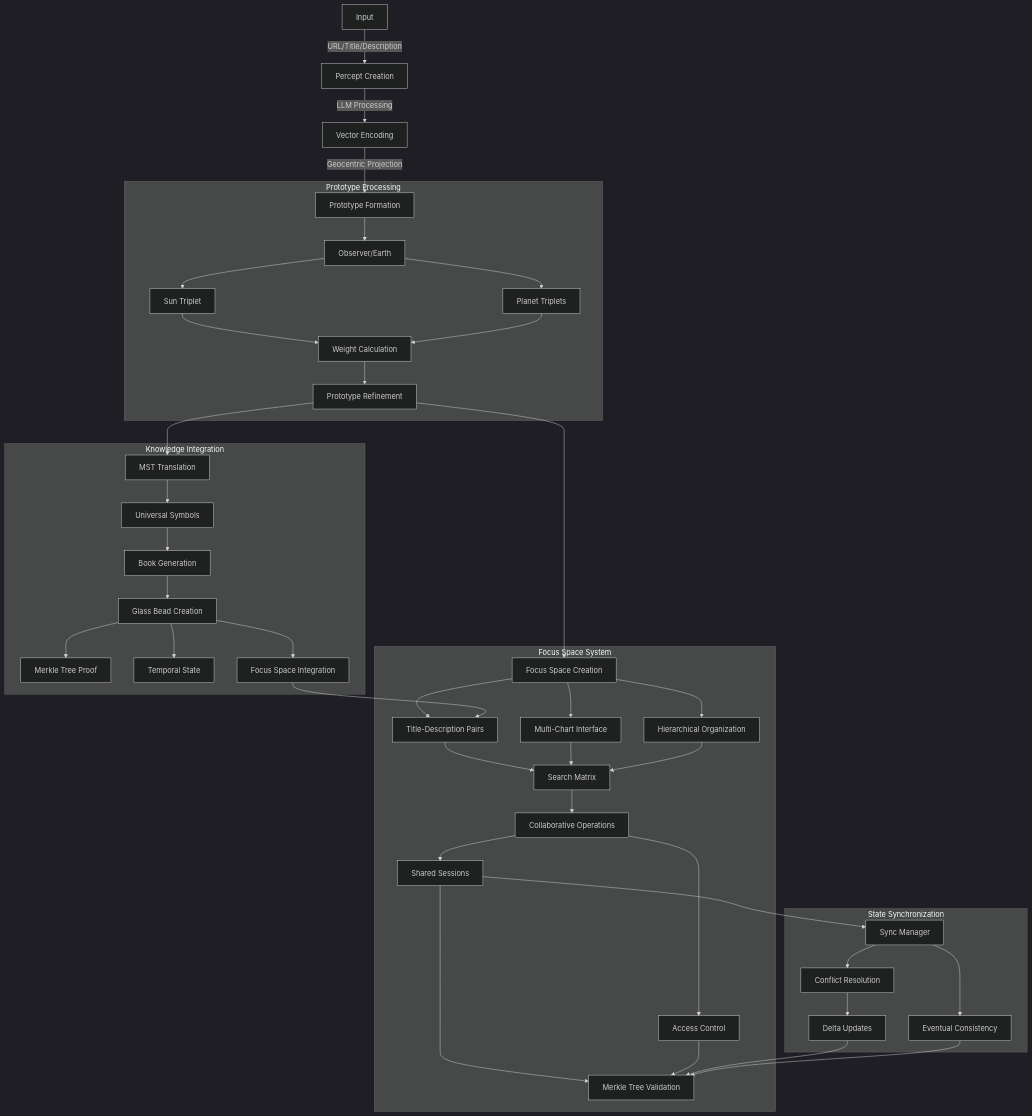
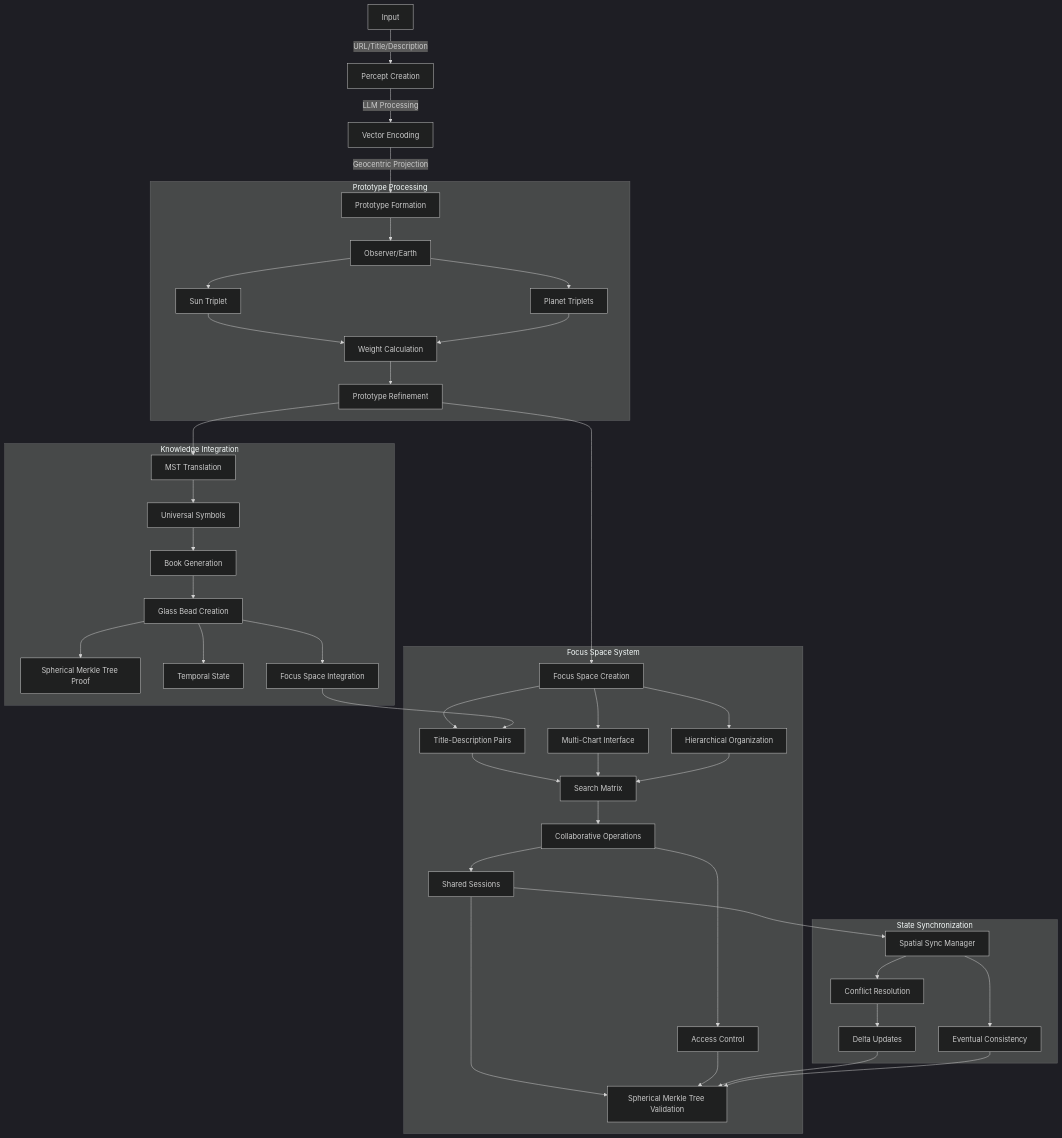
Before and after one commit to heavyblotto/memorativa: the second of 2 diagrams in docs/2. the cybernetic system/memorativa-2-12-focus-spaces.md, drawn with Mermaid (dark theme). The commit also changed other lines of this file and 71 other files, not shown here.

````diff
--- a/docs/2. the cybernetic system/memorativa-2-12-focus-spaces.md
+++ b/docs/2. the cybernetic system/memorativa-2-12-focus-spaces.md
@@ -285,56 +482,56 @@
 ```mermaid
 graph TD
     I[Input] --> |URL/Title/Description| P[Percept Creation]
     P --> |LLM Processing| V[Vector Encoding]
     V --> |Geocentric Projection| T[Prototype Formation]
     
     subgraph "Prototype Processing"
         T --> O[Observer/Earth]
         O --> ST[Sun Triplet]
         O --> PT[Planet Triplets]
         ST --> W[Weight Calculation]
         PT --> W
         W --> PR[Prototype Refinement]
     end
     
     subgraph "Focus Space System"
         PR --> FS[Focus Space Creation]
         FS --> TD[Title-Description Pairs]
         FS --> MC[Multi-Chart Interface]
         FS --> HO[Hierarchical Organization]
         
         TD --> SM[Search Matrix]
         MC --> SM
         HO --> SM
         
         SM --> CO[Collaborative Operations]
         CO --> SS[Shared Sessions]
         CO --> AC[Access Control]
         
-        SS --> MT[Merkle Tree Validation]
+        SS --> MT[Spherical Merkle Tree Validation]
         AC --> MT
     end
     
     subgraph "Knowledge Integration"
         PR --> MST[MST Translation]
         MST --> U[Universal Symbols]
         U --> B[Book Generation]
         
         B --> GB[Glass Bead Creation]
-        GB --> MTP[Merkle Tree Proof]
+        GB --> MTP[Spherical Merkle Tree Proof]
         GB --> TS[Temporal State]
         
         GB --> FSI[Focus Space Integration]
         FSI --> TD
     end
     
     subgraph "State Synchronization"
-        SS --> SY[Sync Manager]
+        SS --> SY[Spatial Sync Manager]
         SY --> CR[Conflict Resolution]
         CR --> DU[Delta Updates]
         DU --> MT
         
         SY --> EC[Eventual Consistency]
         EC --> MT
     end
 ```
````
